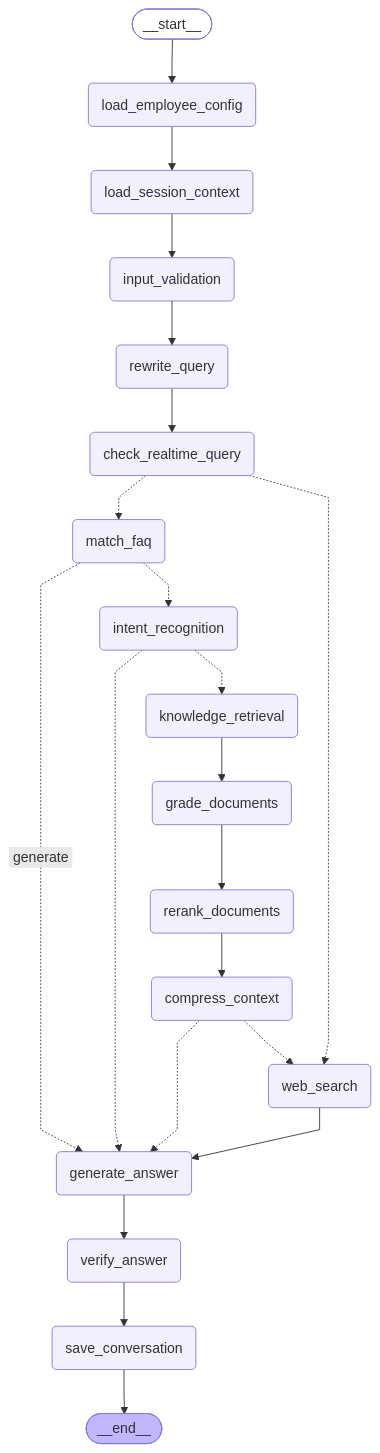
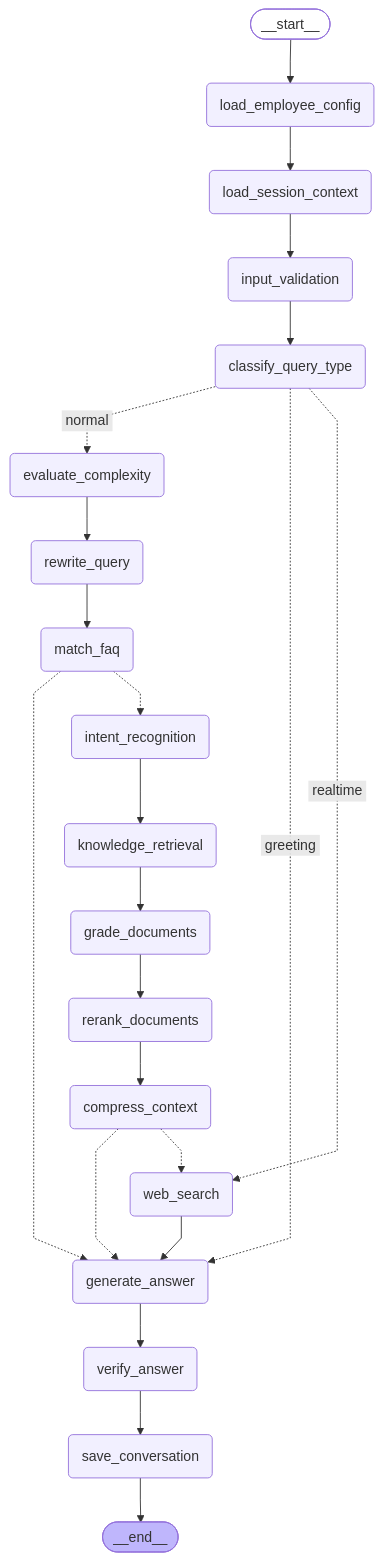
One commit to perfectbullet/ZengKingMorphe changed the diagram in ai-service/graph_debug/crag_graph.mmd. Above: the diagram before and after it, drawn with Mermaid. The commit also changed 22 other files, not shown here.

```diff
--- a/ai-service/graph_debug/crag_graph.mmd
+++ b/ai-service/graph_debug/crag_graph.mmd
@@ -1,46 +1,48 @@
 ---
 config:
   flowchart:
     curve: linear
 ---
 graph TD;
 	__start__([<p>__start__</p>]):::first
 	load_employee_config(load_employee_config)
 	load_session_context(load_session_context)
 	input_validation(input_validation)
+	classify_query_type(classify_query_type)
+	evaluate_complexity(evaluate_complexity)
 	rewrite_query(rewrite_query)
 	match_faq(match_faq)
-	check_realtime_query(check_realtime_query)
 	intent_recognition(intent_recognition)
 	knowledge_retrieval(knowledge_retrieval)
 	grade_documents(grade_documents)
 	rerank_documents(rerank_documents)
 	compress_context(compress_context)
 	web_search(web_search)
 	generate_answer(generate_answer)
 	verify_answer(verify_answer)
 	save_conversation(save_conversation)
 	__end__([<p>__end__</p>]):::last
 	__start__ --> load_employee_config;
-	check_realtime_query -.-> match_faq;
-	check_realtime_query -.-> web_search;
+	classify_query_type -. &nbsp;normal&nbsp; .-> evaluate_complexity;
+	classify_query_type -. &nbsp;greeting&nbsp; .-> generate_answer;
+	classify_query_type -. &nbsp;realtime&nbsp; .-> web_search;
 	compress_context -.-> generate_answer;
 	compress_context -.-> web_search;
+	evaluate_complexity --> rewrite_query;
 	generate_answer --> verify_answer;
 	grade_documents --> rerank_documents;
-	input_validation --> rewrite_query;
-	intent_recognition -.-> generate_answer;
-	intent_recognition -.-> knowledge_retrieval;
+	input_validation --> classify_query_type;
+	intent_recognition --> knowledge_retrieval;
 	knowledge_retrieval --> grade_documents;
 	load_employee_config --> load_session_context;
 	load_session_context --> input_validation;
-	match_faq -. &nbsp;generate&nbsp; .-> generate_answer;
+	match_faq -.-> generate_answer;
 	match_faq -.-> intent_recognition;
 	rerank_documents --> compress_context;
-	rewrite_query --> check_realtime_query;
+	rewrite_query --> match_faq;
 	verify_answer --> save_conversation;
 	web_search --> generate_answer;
 	save_conversation --> __end__;
 	classDef default fill:#f2f0ff,line-height:1.2
 	classDef first fill-opacity:0
 	classDef last fill:#bfb6fc
```
